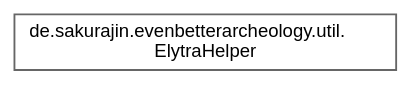
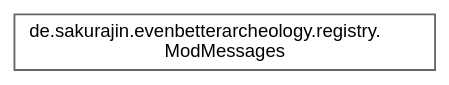
The diagram in inherit_graph_23.dot (noah1510/EvenBetterArcheology), drawn with Graphviz before and after one commit. The commit also changed 197 other files, not shown here.

```diff
--- a/inherit_graph_23.dot
+++ b/inherit_graph_23.dot
@@ -1,9 +1,9 @@
 digraph "Graphical Class Hierarchy"
 {
  // LATEX_PDF_SIZE
   bgcolor="transparent";
   edge [fontname=Helvetica,fontsize=10,labelfontname=Helvetica,labelfontsize=10];
   node [fontname=Helvetica,fontsize=10,shape=box,height=0.2,width=0.4];
   rankdir="LR";
-  Node0 [label="de.sakurajin.evenbetterarcheology.util.\lElytraHelper",height=0.2,width=0.4,color="grey40", fillcolor="white", style="filled",URL="$classde_1_1sakurajin_1_1evenbetterarcheology_1_1util_1_1ElytraHelper.html",tooltip=" "];
+  Node0 [label="de.sakurajin.evenbetterarcheology.registry.\lModMessages",height=0.2,width=0.4,color="grey40", fillcolor="white", style="filled",URL="$classde_1_1sakurajin_1_1evenbetterarcheology_1_1registry_1_1ModMessages.html",tooltip=" "];
 }
```
